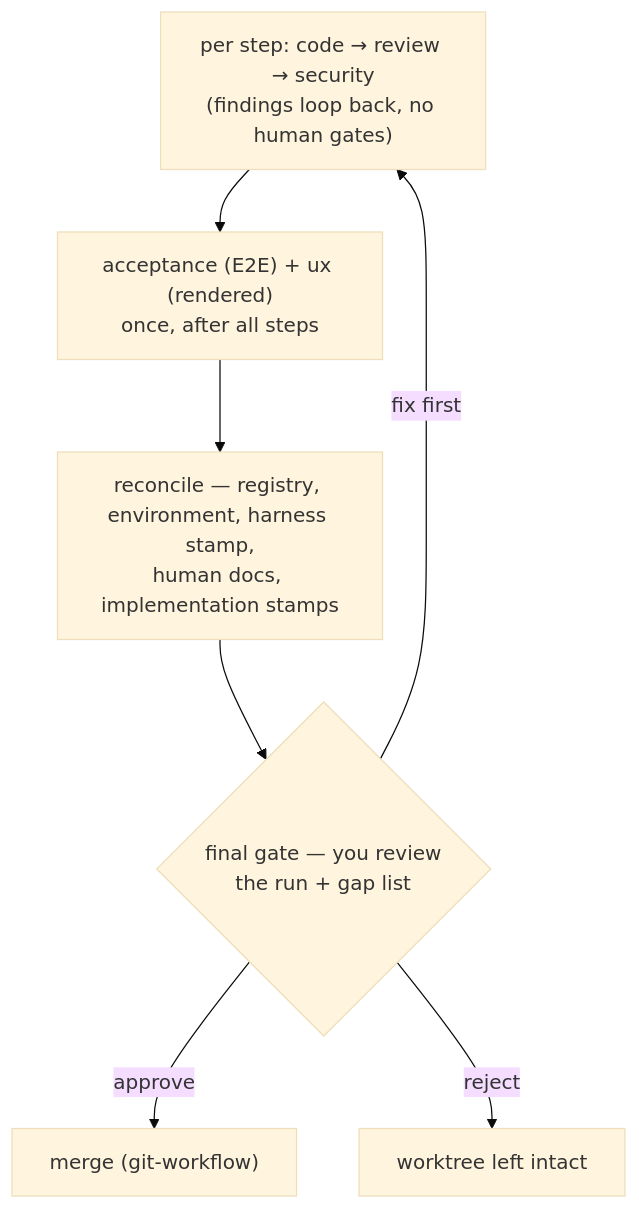
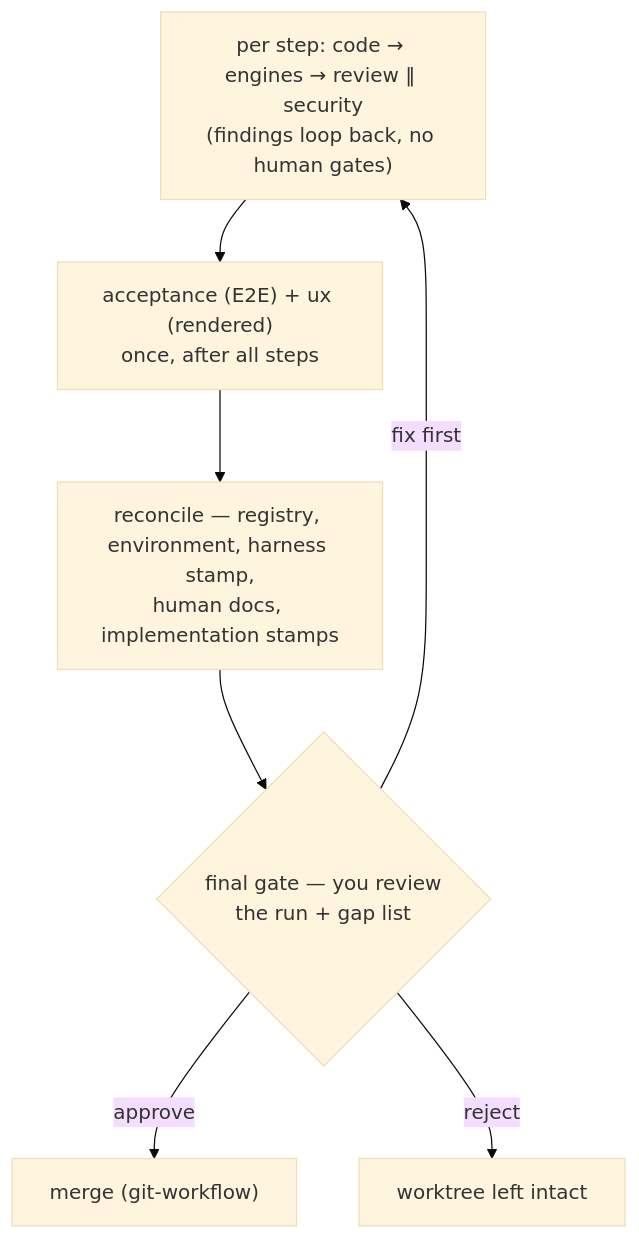
One commit to virajp/claude-plugins changed the second of 2 diagrams in site/src/content/docs/plugins/vwf.md. Above: the diagram before and after it, drawn with Mermaid (base theme). The commit also changed other lines of this file and 1 other file, not shown here.

Commit message:
docs: execute runs the review engines — manual and agent table reconciled

````diff
--- a/site/src/content/docs/plugins/vwf.md
+++ b/site/src/content/docs/plugins/vwf.md
@@ -1930,9 +1933,9 @@
 ```mermaid
 flowchart TD
-    P["per step: code → review → security<br/>(findings loop back, no human gates)"] --> AX["acceptance (E2E) + ux (rendered)<br/>once, after all steps"]
+    P["per step: code → engines → review ‖ security<br/>(findings loop back, no human gates)"] --> AX["acceptance (E2E) + ux (rendered)<br/>once, after all steps"]
     AX --> RC["reconcile — registry, environment, harness stamp,<br/>human docs, implementation stamps"]
     RC --> G{"final gate — you review<br/>the run + gap list"}
     G -->|approve| M["merge (git-workflow)"]
     G -->|fix first| P
     G -->|reject| W["worktree left intact"]
 ```
````
